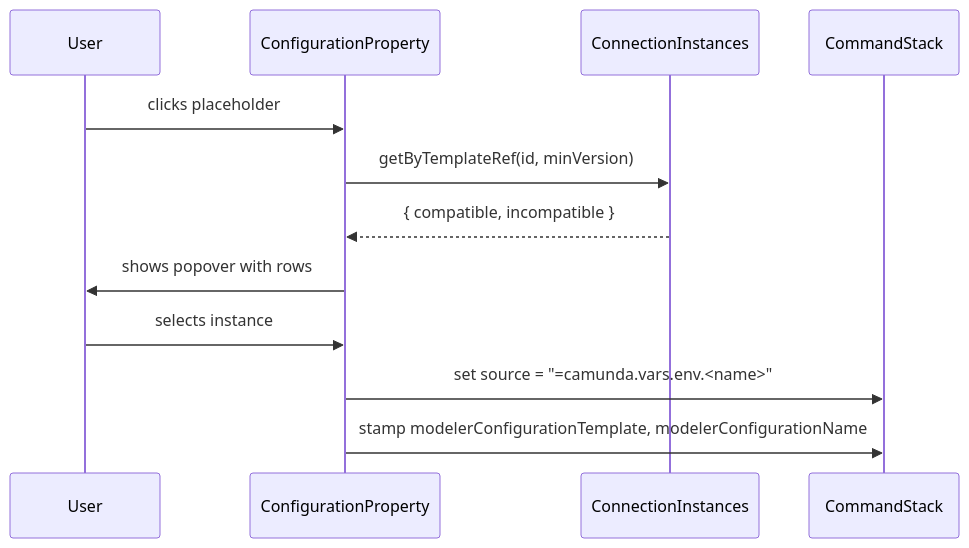
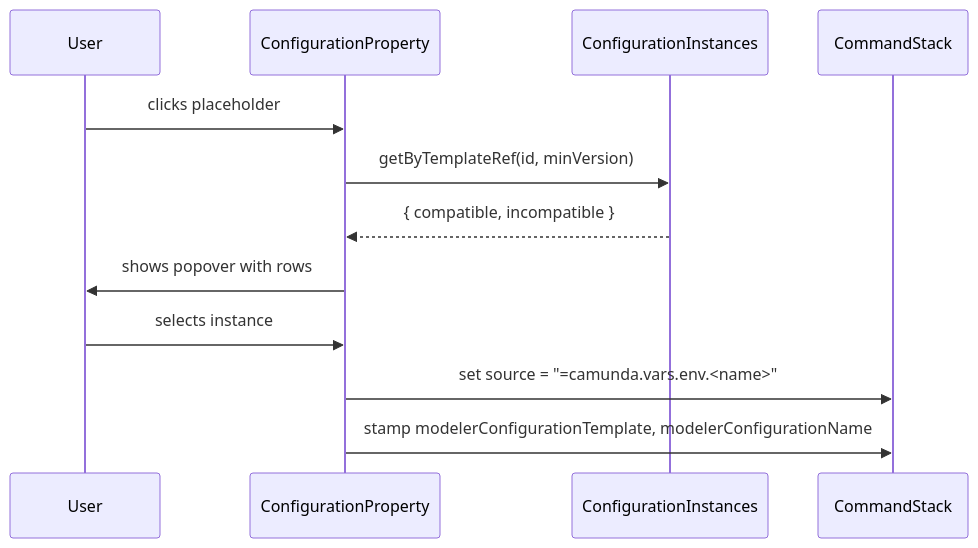
The second of 2 diagrams in CONNECTIONS_DESIGN_README.md (bpmn-io/bpmn-js-element-templates), drawn with Mermaid before and after one commit. The commit also changed other lines of this file and 6 other files, not shown here.

````diff
--- a/CONNECTIONS_DESIGN_README.md
+++ b/CONNECTIONS_DESIGN_README.md
@@ -30,15 +38,15 @@
 ```mermaid
 sequenceDiagram
     participant User
     participant ConfigurationProperty
-    participant ConnectionInstances
+    participant ConfigurationInstances
     participant CommandStack
 
     User->>ConfigurationProperty: clicks placeholder
-    ConfigurationProperty->>ConnectionInstances: getByTemplateRef(id, minVersion)
-    ConnectionInstances-->>ConfigurationProperty: { compatible, incompatible }
+    ConfigurationProperty->>ConfigurationInstances: getByTemplateRef(id, minVersion)
+    ConfigurationInstances-->>ConfigurationProperty: { compatible, incompatible }
     ConfigurationProperty->>User: shows popover with rows
     User->>ConfigurationProperty: selects instance
     ConfigurationProperty->>CommandStack: set source = "=camunda.vars.env.<name>"
     ConfigurationProperty->>CommandStack: stamp modelerConfigurationTemplate, modelerConfigurationName
 ```
````
